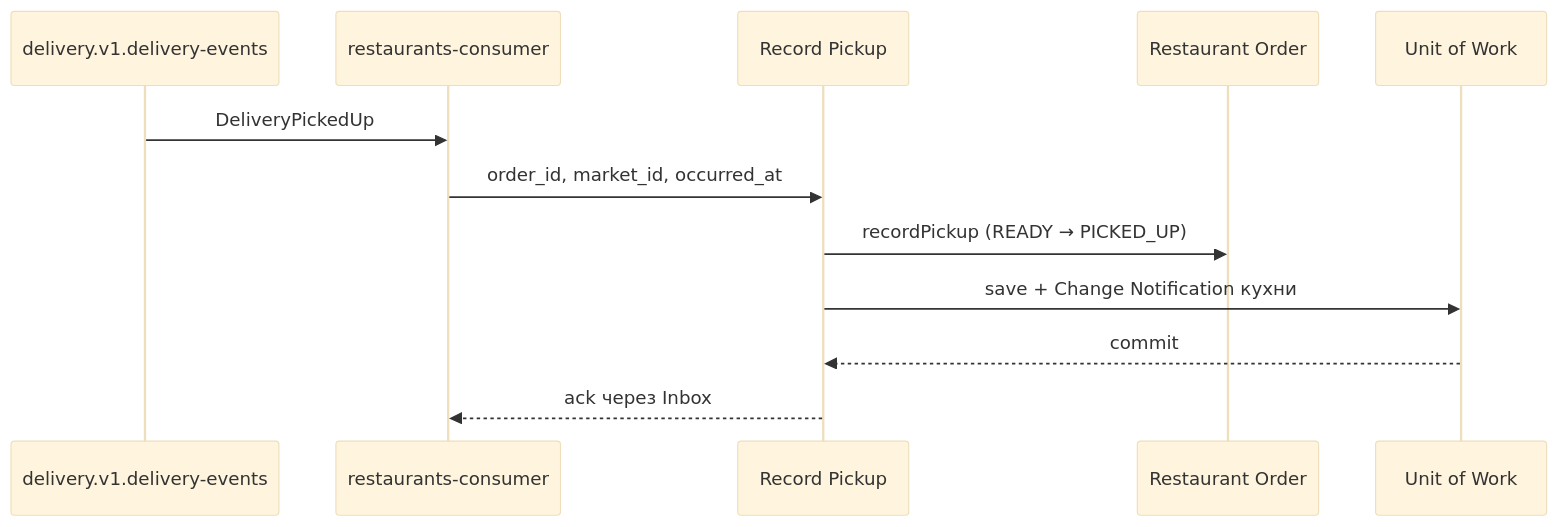
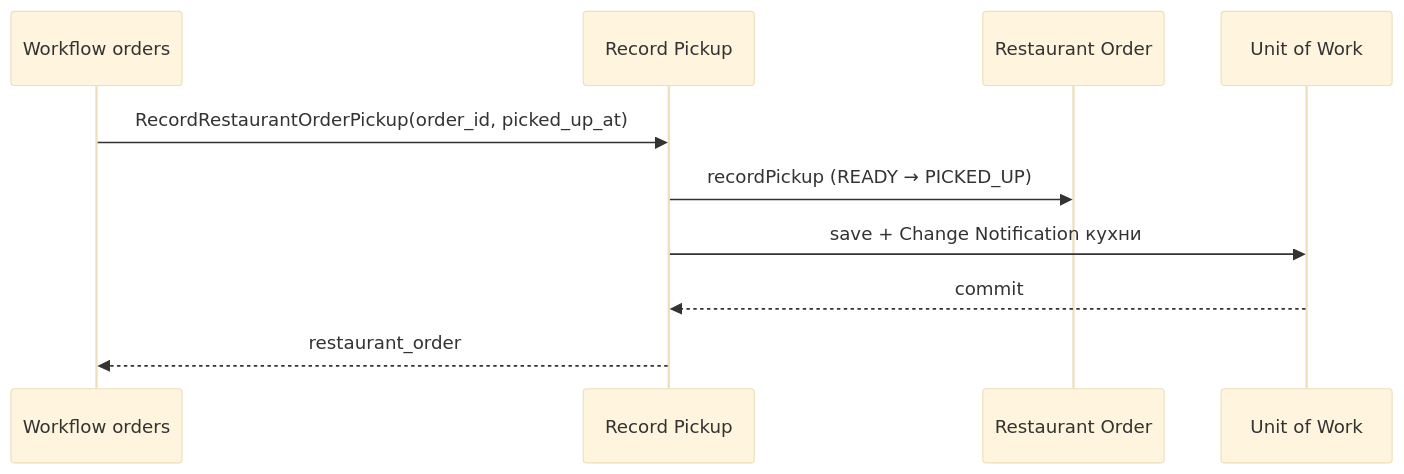
One commit to batazor/nomnom changed the diagram in boundaries/restaurants/slices/restaurantorder/applications/record-pickup/README.md. Above: the diagram before and after it, drawn with Mermaid (base theme). The commit also changed other lines of this file and 64 other files, not shown here.

First line of the commit message:
feat(orders,restaurants): report the Pickup to the kitchen from the workflow

````diff
--- a/boundaries/restaurants/slices/restaurantorder/applications/record-pickup/README.md
+++ b/boundaries/restaurants/slices/restaurantorder/applications/record-pickup/README.md
@@ -18,14 +18,12 @@
 ```mermaid
 sequenceDiagram
-    participant Kafka as delivery.v1.delivery-events
-    participant Consumer as restaurants-consumer
+    participant Workflow as Workflow orders
     participant App as Record Pickup
     participant Order as Restaurant Order
     participant Store as Unit of Work
-    Kafka->>Consumer: DeliveryPickedUp
-    Consumer->>App: order_id, market_id, occurred_at
+    Workflow->>App: RecordRestaurantOrderPickup(order_id, picked_up_at)
     App->>Order: recordPickup (READY → PICKED_UP)
     App->>Store: save + Change Notification кухни
     Store-->>App: commit
-    App-->>Consumer: ack через Inbox
+    App-->>Workflow: restaurant_order
 ```
````
